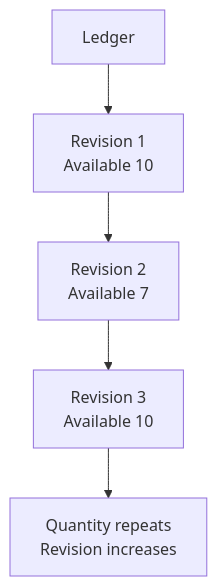
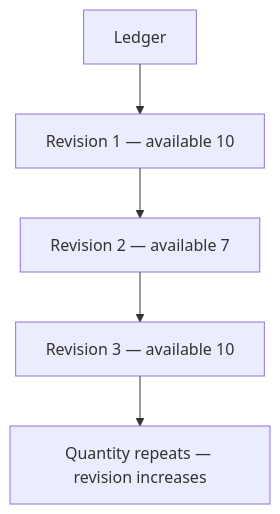
Before and after one commit to Garcia-Systems/inventory-sync-lab: the diagram in diagrams/inventory-revisions.md, drawn with Mermaid. The commit also changed 7 other files, not shown here.

Commit message:
Validate GitHub Mermaid diagrams

````diff
--- a/diagrams/inventory-revisions.md
+++ b/diagrams/inventory-revisions.md
@@ -3,7 +3,7 @@
 ```mermaid
 flowchart TD
-    A[Ledger] --> B[Revision 1<br/>Available 10]
-    B --> C[Revision 2<br/>Available 7]
-    C --> D[Revision 3<br/>Available 10]
-    D --> E[Quantity repeats<br/>Revision increases]
+    A[Ledger] --> B["Revision 1 — available 10"]
+    B --> C["Revision 2 — available 7"]
+    C --> D["Revision 3 — available 10"]
+    D --> E["Quantity repeats — revision increases"]
 ```
````
